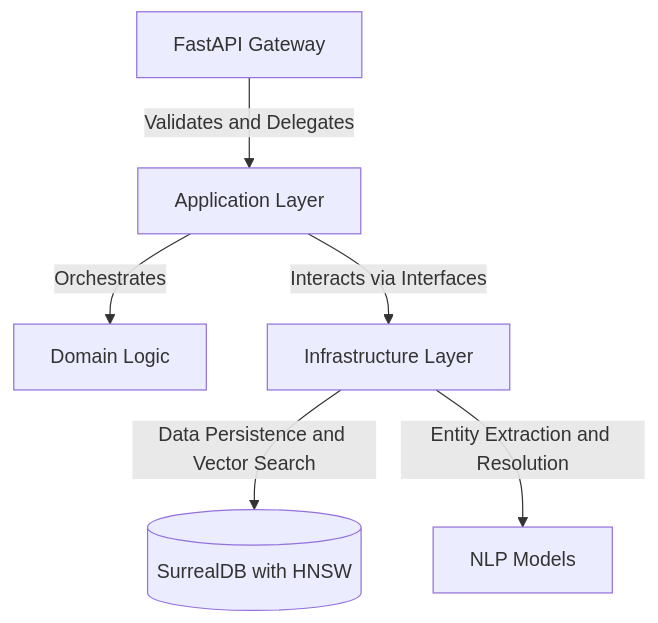
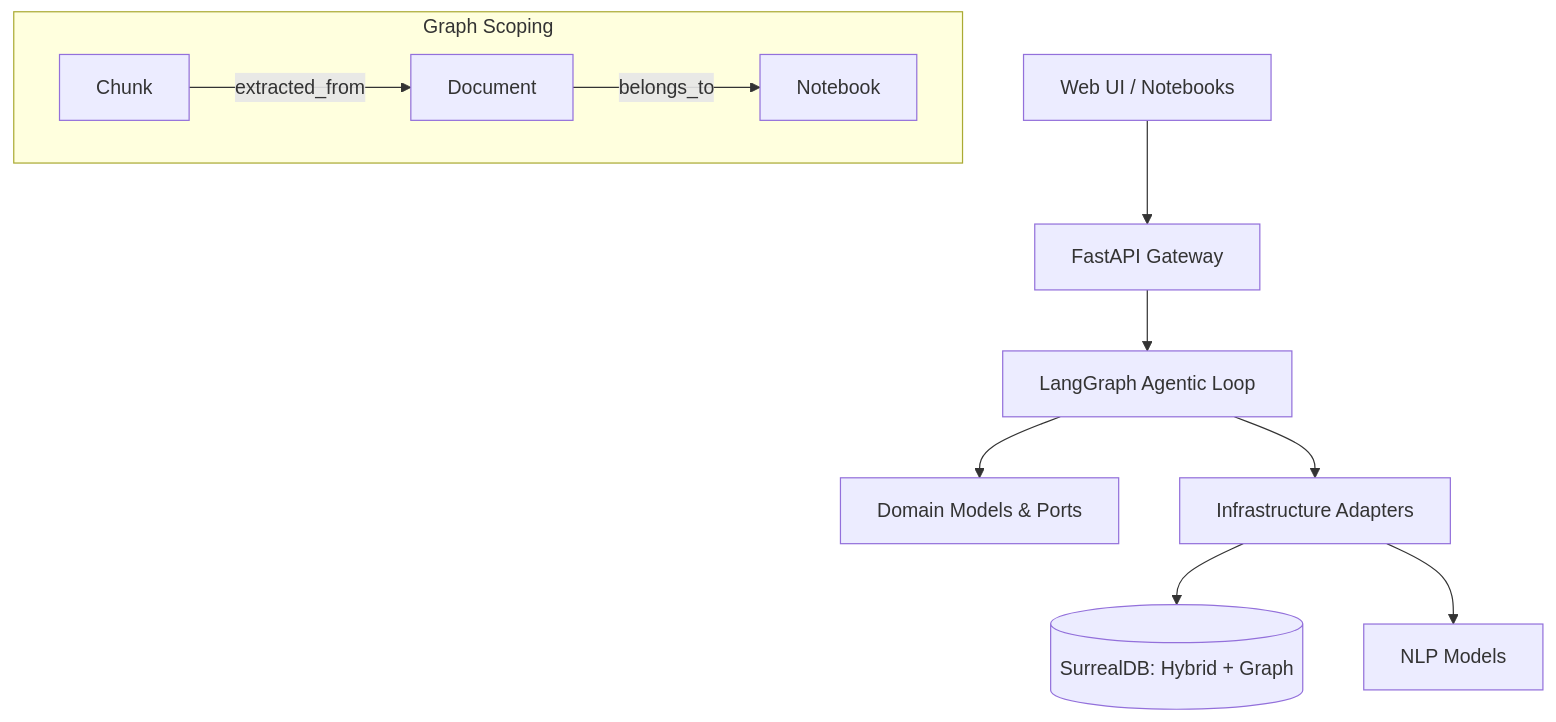
Before and after one commit to foersben/CodaCite: the second of 2 diagrams in docs/architecture.md, drawn with Mermaid. The commit also changed other lines of this file and 119 other files, not shown here.

````diff
--- a/docs/architecture.md
+++ b/docs/architecture.md
@@ -11,15 +67,22 @@
 ```mermaid
 graph TD
+    UI[Web UI / Notebooks]
     API[FastAPI Gateway]
-    APP[Application Layer]
-    DOMAIN[Domain Logic]
-    INFRA[Infrastructure Layer]
-    DB[(SurrealDB with HNSW)]
+    APP[LangGraph Agentic Loop]
+    DOMAIN[Domain Models & Ports]
+    INFRA[Infrastructure Adapters]
+    DB[(SurrealDB: Hybrid + Graph)]
     MODELS[NLP Models]
 
-    API -->|Validates and Delegates| APP
-    APP -->|Orchestrates| DOMAIN
-    APP -->|Interacts via Interfaces| INFRA
-    INFRA -->|Data Persistence and Vector Search| DB
-    INFRA -->|Entity Extraction and Resolution| MODELS
+    UI --> API
+    API --> APP
+    APP --> DOMAIN
+    APP --> INFRA
+    INFRA --> DB
+    INFRA --> MODELS
+
+    subgraph "Graph Scoping"
+        DOC[Document] -- belongs_to --> NB[Notebook]
+        CH[Chunk] -- extracted_from --> DOC
+    end
 ```
````
